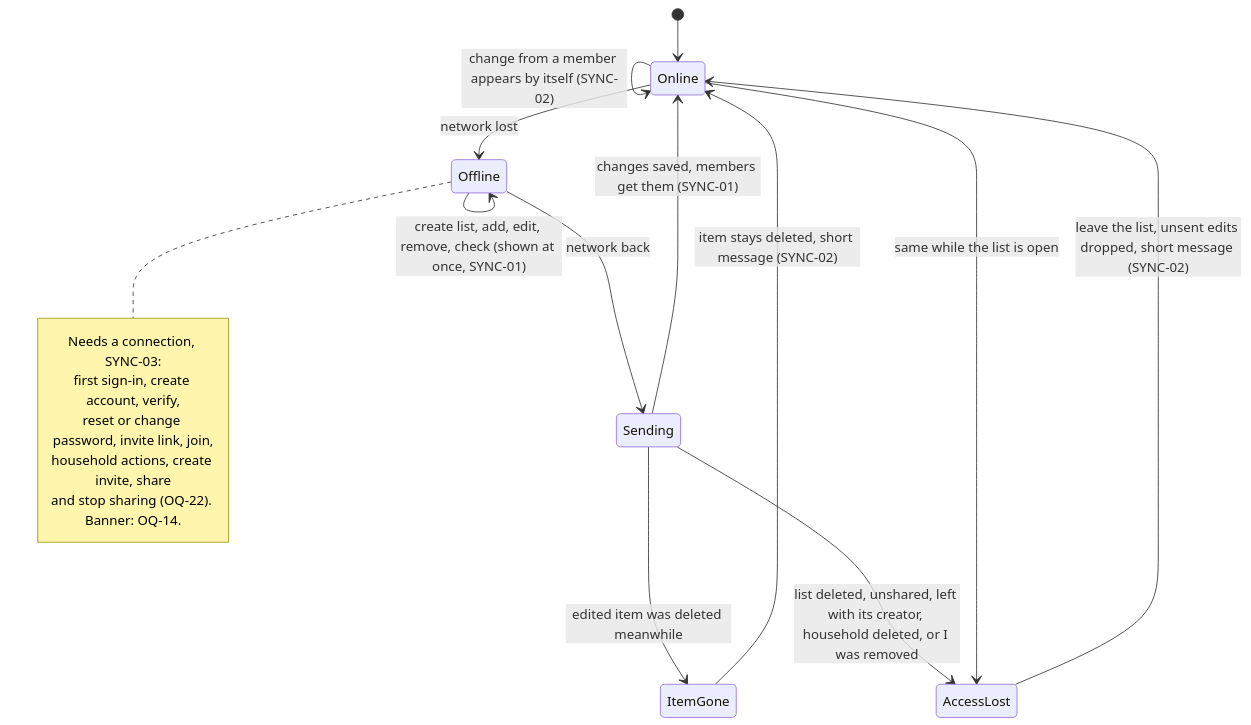
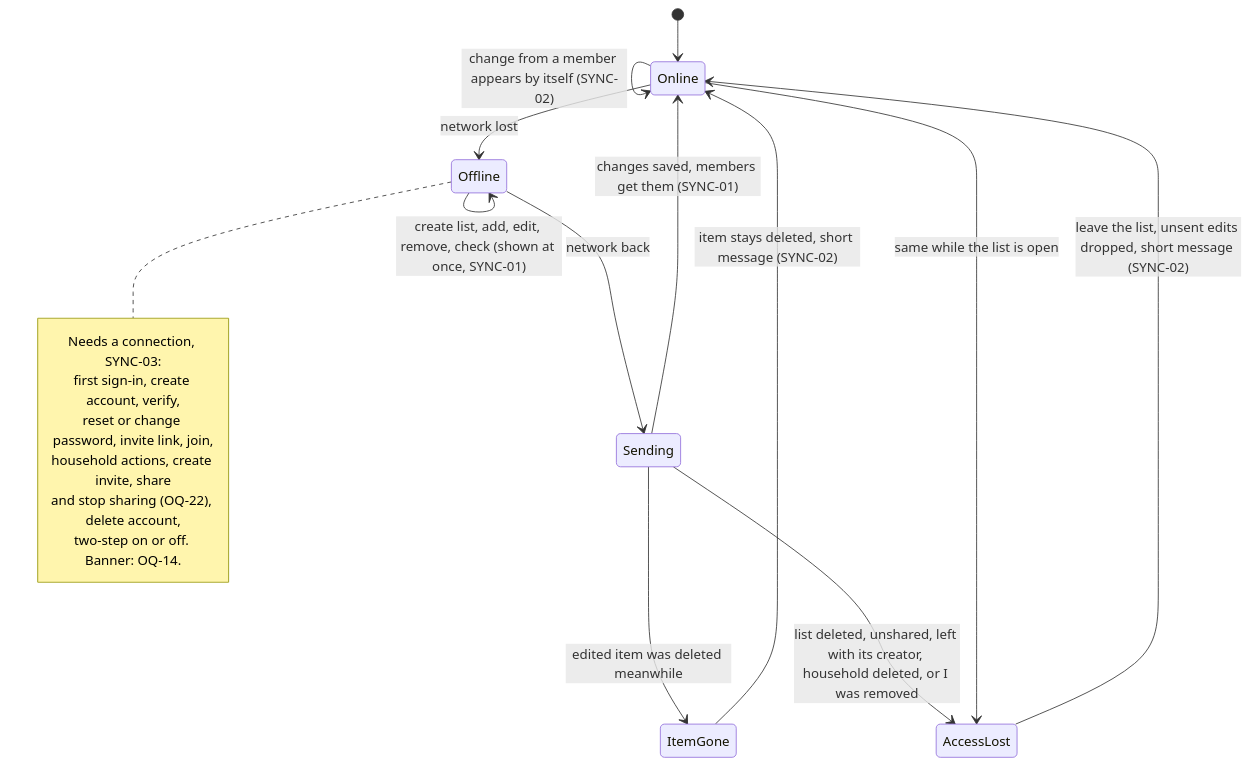
Before and after one commit to bondo/listicles2: the eighth of 11 diagrams in docs/product/flow.md, drawn with Mermaid. The commit also changed other lines of this file and 1 other file, not shown here.

````diff
--- a/docs/product/flow.md
+++ b/docs/product/flow.md
@@ -218,21 +219,22 @@
 ```mermaid
 stateDiagram-v2
     [*] --> Online
     Online --> Offline: network lost
     Offline --> Offline: create list, add, edit, remove, check (shown at once, SYNC-01)
     Offline --> Sending: network back
     Sending --> Online: changes saved, members get them (SYNC-01)
     Online --> Online: change from a member appears by itself (SYNC-02)
     Sending --> ItemGone: edited item was deleted meanwhile
     ItemGone --> Online: item stays deleted, short message (SYNC-02)
     Sending --> AccessLost: list deleted, unshared, left with its creator, household deleted, or I was removed
     Online --> AccessLost: same while the list is open
     AccessLost --> Online: leave the list, unsent edits dropped, short message (SYNC-02)
     note right of Offline
         Needs a connection, SYNC-03:
         first sign-in, create account, verify,
         reset or change password, invite link, join,
         household actions, create invite, share
-        and stop sharing (OQ-22). Banner: OQ-14.
+        and stop sharing (OQ-22), delete account,
+        two-step on or off. Banner: OQ-14.
     end note
 ```
````
